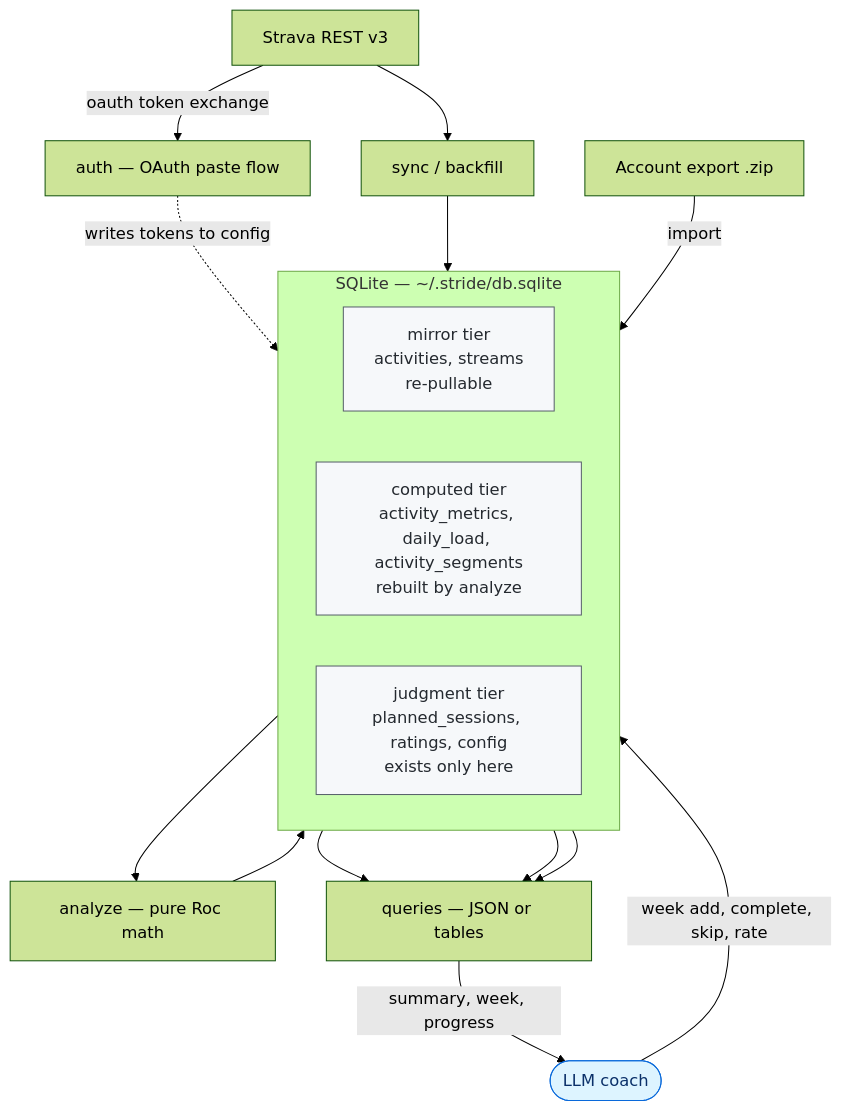
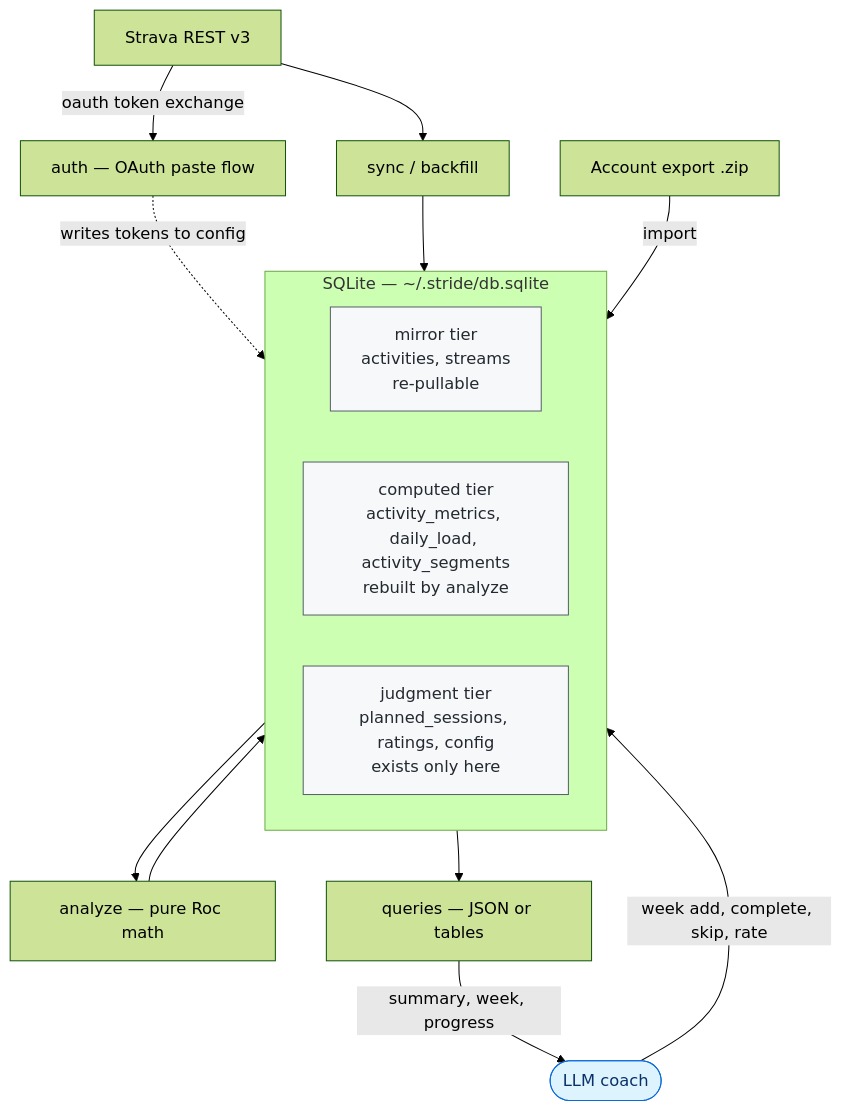
One commit to eschizoid/stride changed the diagram in README.md. Above: the diagram before and after it, drawn with Mermaid (forest theme).

Commit message:
docs: one arrow into queries in the architecture diagram
mirror, computed and judgment each drew their own edge to queries, so
three arrowheads converged on the same box. Queries read the database, so
one edge from the subgraph says the same thing with a third of the ink.

````diff
--- a/README.md
+++ b/README.md
@@ -326,34 +326,32 @@
 ```mermaid
 flowchart TD
     strava["Strava REST v3"]
     export["Account export .zip"]
     auth["auth — OAuth paste flow"]
     sync["sync / backfill"]
 
     subgraph db["SQLite — ~/.stride/db.sqlite"]
         direction LR
         mirror["mirror tier<br>activities, streams<br>re-pullable"]
         computed["computed tier<br>activity_metrics, daily_load, activity_segments<br>rebuilt by analyze"]
         judgment["judgment tier<br>planned_sessions, ratings, config<br>exists only here"]
     end
 
     analyze["analyze — pure Roc math"]
     queries["queries — JSON or tables"]
     coach(["LLM coach"])
 
     strava -->|"oauth token exchange"| auth
     auth -.->|"writes tokens to config"| judgment
     strava --> sync --> mirror
     export -->|"import"| mirror
     mirror --> analyze --> computed
-    mirror --> queries
-    computed --> queries
-    judgment --> queries
+    db --> queries
     queries -->|"summary, week, progress"| coach
     coach -->|"week add, complete, skip, rate"| judgment
 
     classDef tier fill:#f6f8fa,stroke:#57606a,color:#24292f
     classDef actor fill:#ddf4ff,stroke:#0969da,color:#0a3069
     class mirror,computed,judgment tier
     class coach actor
 ```
````
